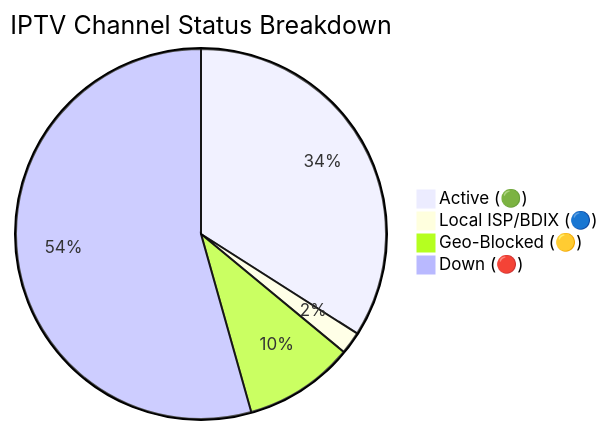
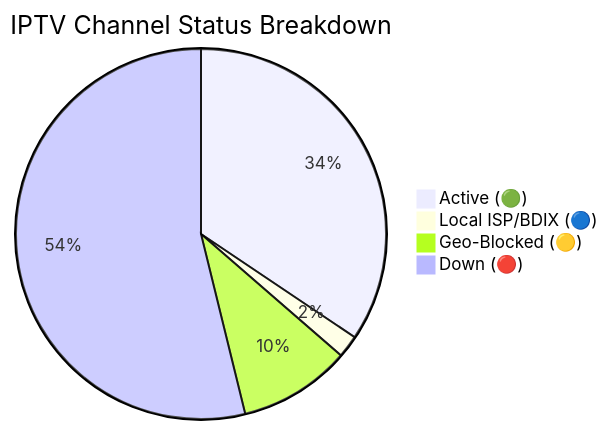
Before and after one commit to andreataylord/Ip-tv-Collection: the diagram in README.md, drawn with Mermaid. The commit also changed other lines of this file and 1 other file, not shown here.

Commit message:
docs(readme): auto-update daily channel status chart

````diff
--- a/README.md
+++ b/README.md
@@ -59,7 +59,7 @@
 ```mermaid
 pie title IPTV Channel Status Breakdown
-    "Active (🟢)" : 2216
+    "Active (🟢)" : 2241
     "Local ISP/BDIX (🔵)" : 128
-    "Geo-Blocked (🟡)" : 627
-    "Down (🔴)" : 3541
+    "Geo-Blocked (🟡)" : 637
+    "Down (🔴)" : 3506
 ```
````
